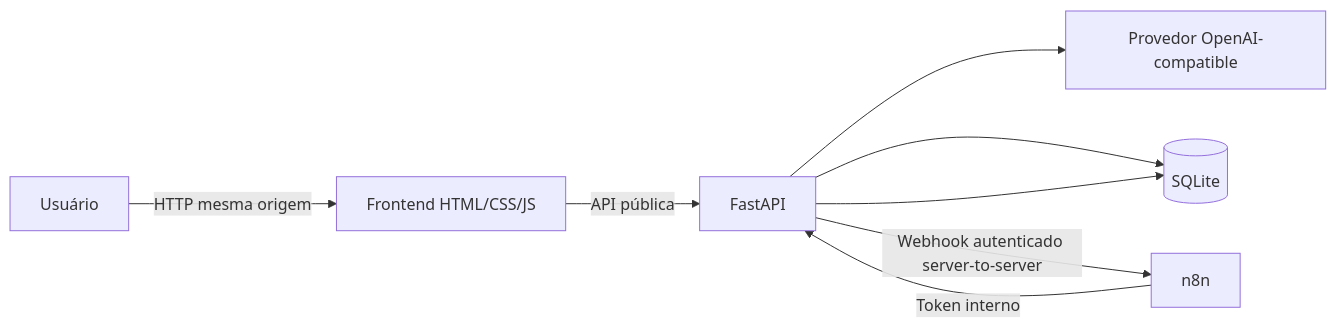
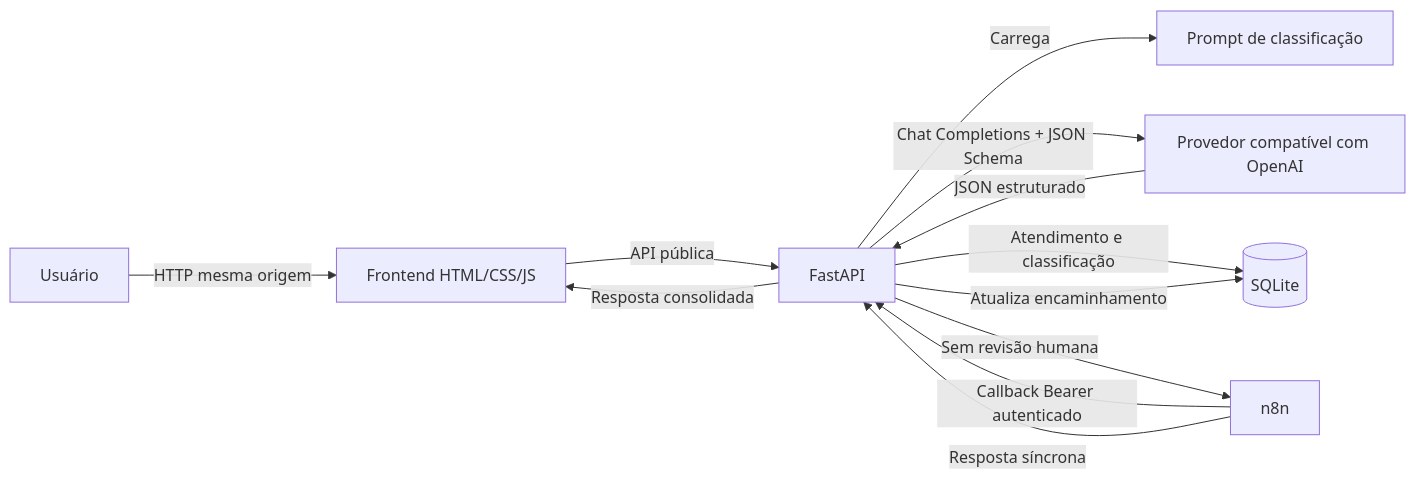
One commit to Slasherone/AtendeAi-desafio-kodie-I changed the diagram in docs/architecture.md. Above: the diagram before and after it, drawn with Mermaid. The commit also changed other lines of this file and 16 other files, not shown here.

````diff
--- a/docs/architecture.md
+++ b/docs/architecture.md
@@ -5,10 +5,14 @@
 ```mermaid
 flowchart LR
   U[Usuário] -->|HTTP mesma origem| FE[Frontend HTML/CSS/JS]
   FE -->|API pública| API[FastAPI]
-  API --> AI[Provedor OpenAI-compatible]
-  API --> DB[(SQLite)]
-  API -->|Webhook autenticado server-to-server| N8N[n8n]
-  N8N -->|Token interno| API
-  API --> DB
+  API -->|Carrega| P[Prompt de classificação]
+  API -->|Chat Completions + JSON Schema| AI[Provedor compatível com OpenAI]
+  AI -->|JSON estruturado| API
+  API -->|Atendimento e classificação| DB[(SQLite)]
+  API -->|Sem revisão humana| N8N[n8n]
+  N8N -->|Callback Bearer autenticado| API
+  API -->|Atualiza encaminhamento| DB
+  N8N -->|Resposta síncrona| API
+  API -->|Resposta consolidada| FE
 ```
````
